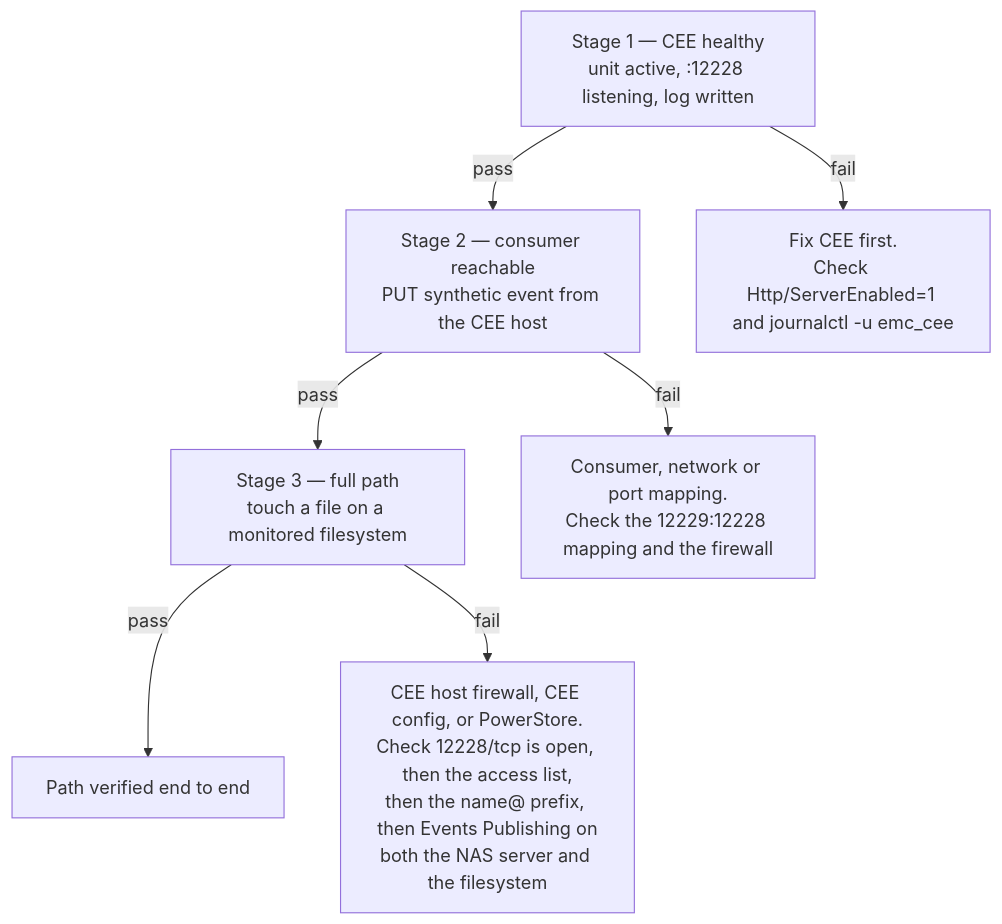
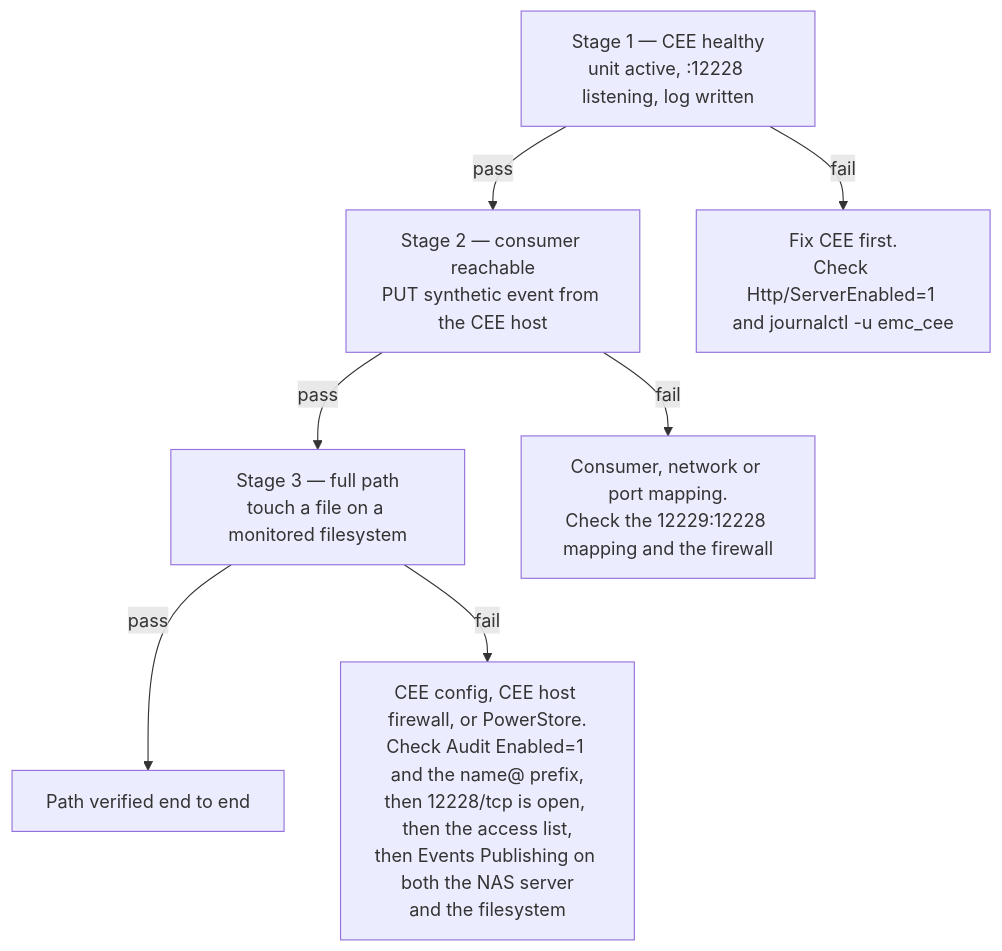
Before and after one commit to fjacquet/cee-worker: the diagram in docs/powerstore-setup-runbook.md, drawn with Mermaid. The commit also changed other lines of this file and 9 other files, not shown here.

````diff
--- a/docs/powerstore-setup-runbook.md
+++ b/docs/powerstore-setup-runbook.md
@@ -62,18 +62,18 @@
 ```mermaid
 flowchart TD
     S1["Stage 1 — CEE healthy<br/>unit active, :12228 listening, log written"]
     S2["Stage 2 — consumer reachable<br/>PUT synthetic event from the CEE host"]
     S3["Stage 3 — full path<br/>touch a file on a monitored filesystem"]
 
     F1["Fix CEE first.<br/>Check Http/ServerEnabled=1 and journalctl -u emc_cee"]
     F2["Consumer, network or port mapping.<br/>Check the 12229:12228 mapping and the firewall"]
-    F3["CEE host firewall, CEE config, or PowerStore.<br/>Check 12228/tcp is open, then the access list,<br/>then the name@ prefix, then Events Publishing on<br/>both the NAS server and the filesystem"]
+    F3["CEE config, CEE host firewall, or PowerStore.<br/>Check Audit Enabled=1 and the name@ prefix,<br/>then 12228/tcp is open, then the access list,<br/>then Events Publishing on both the NAS server<br/>and the filesystem"]
     OK["Path verified end to end"]
 
     S1 -->|pass| S2
     S1 -->|fail| F1
     S2 -->|pass| S3
     S2 -->|fail| F2
     S3 -->|pass| OK
     S3 -->|fail| F3
 ```
````
